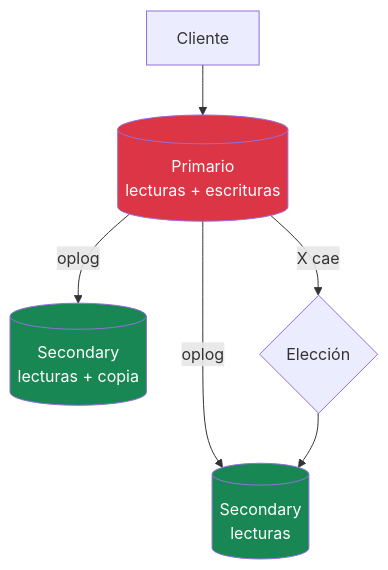
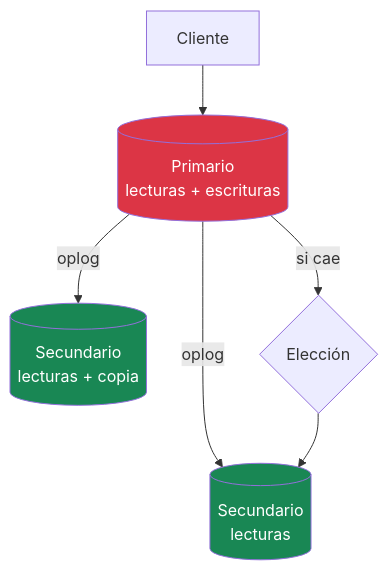
The third of 3 diagrams in web/src/posts/2026/2026-10-28-mongodb-sin-esquema-fijo.md (joseluisgs/joseluisgs), drawn with Mermaid before and after one commit. The commit also changed other lines of this file, not shown here.

````diff
--- a/web/src/posts/2026/2026-10-28-mongodb-sin-esquema-fijo.md
+++ b/web/src/posts/2026/2026-10-28-mongodb-sin-esquema-fijo.md
@@ -299,11 +298,11 @@
 ```mermaid
 flowchart TD
     A[Cliente] --> P[(Primario<br/>lecturas + escrituras)]
-    P -->|oplog| S1[(Secondary<br/>lecturas)]
-    P -->|oplog| S2[(Secondary<br/>lecturas + copia)]
-    P -->|X cae| E{Elección}
+    P -->|oplog| S1[(Secundario<br/>lecturas)]
+    P -->|oplog| S2[(Secundario<br/>lecturas + copia)]
+    P -->|si cae| E{Elección}
     E --> S1
     style P fill:#dc3545,color:#fff
     style S1 fill:#198754,color:#fff
     style S2 fill:#198754,color:#fff
 ```
````
